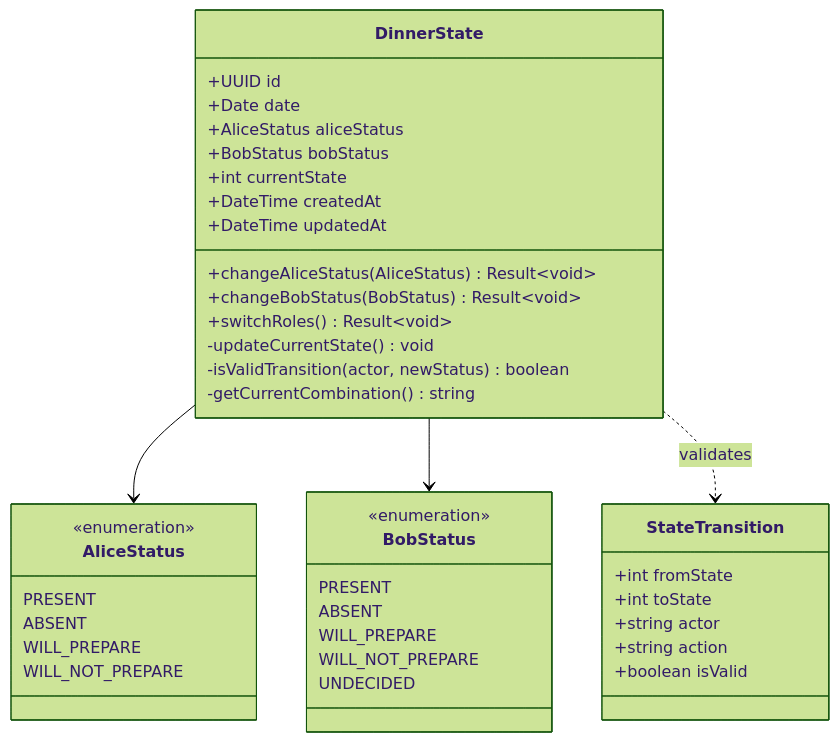
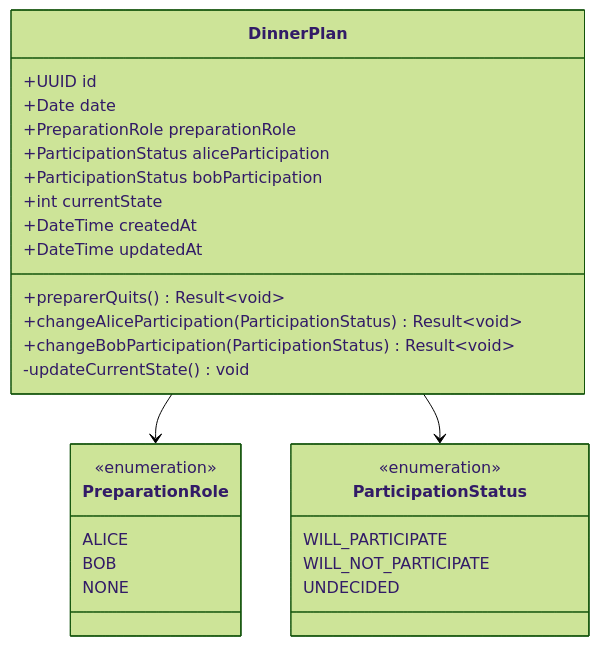
Before and after one commit to oginoshikibu/personal-linebot-hono: the third of 3 diagrams in docs/domain/dinner.md, drawn with Mermaid (forest theme). The commit also changed other lines of this file, not shown here.

````diff
--- a/docs/domain/dinner.md
+++ b/docs/domain/dinner.md
@@ -208,47 +187,34 @@
 ```mermaid
 classDiagram
-    class DinnerState {
+    class DinnerPlan {
         +UUID id
         +Date date
-        +AliceStatus aliceStatus
-        +BobStatus bobStatus
+        +PreparationRole preparationRole
+        +ParticipationStatus aliceParticipation
+        +ParticipationStatus bobParticipation
         +int currentState
         +DateTime createdAt
         +DateTime updatedAt
-        +changeAliceStatus(AliceStatus) Result~void~
-        +changeBobStatus(BobStatus) Result~void~
-        +switchRoles() Result~void~
+        +preparerQuits() Result~void~
+        +changeAliceParticipation(ParticipationStatus) Result~void~
+        +changeBobParticipation(ParticipationStatus) Result~void~
         -updateCurrentState() void
-        -isValidTransition(actor, newStatus) boolean
-        -getCurrentCombination() string
     }
     
-    class AliceStatus {
+    class PreparationRole {
         <<enumeration>>
-        PRESENT
-        ABSENT
-        WILL_PREPARE
-        WILL_NOT_PREPARE
+        ALICE
+        BOB
+        NONE
     }
     
-    class BobStatus {
+    class ParticipationStatus {
         <<enumeration>>
-        PRESENT
-        ABSENT
-        WILL_PREPARE
-        WILL_NOT_PREPARE
+        WILL_PARTICIPATE
+        WILL_NOT_PARTICIPATE
         UNDECIDED
     }
     
-    class StateTransition {
-        +int fromState
-        +int toState
-        +string actor
-        +string action
-        +boolean isValid
-    }
-    
-    DinnerState --> AliceStatus
-    DinnerState --> BobStatus
-    DinnerState ..> StateTransition : validates
+    DinnerPlan --> PreparationRole
+    DinnerPlan --> ParticipationStatus
 ```
````
